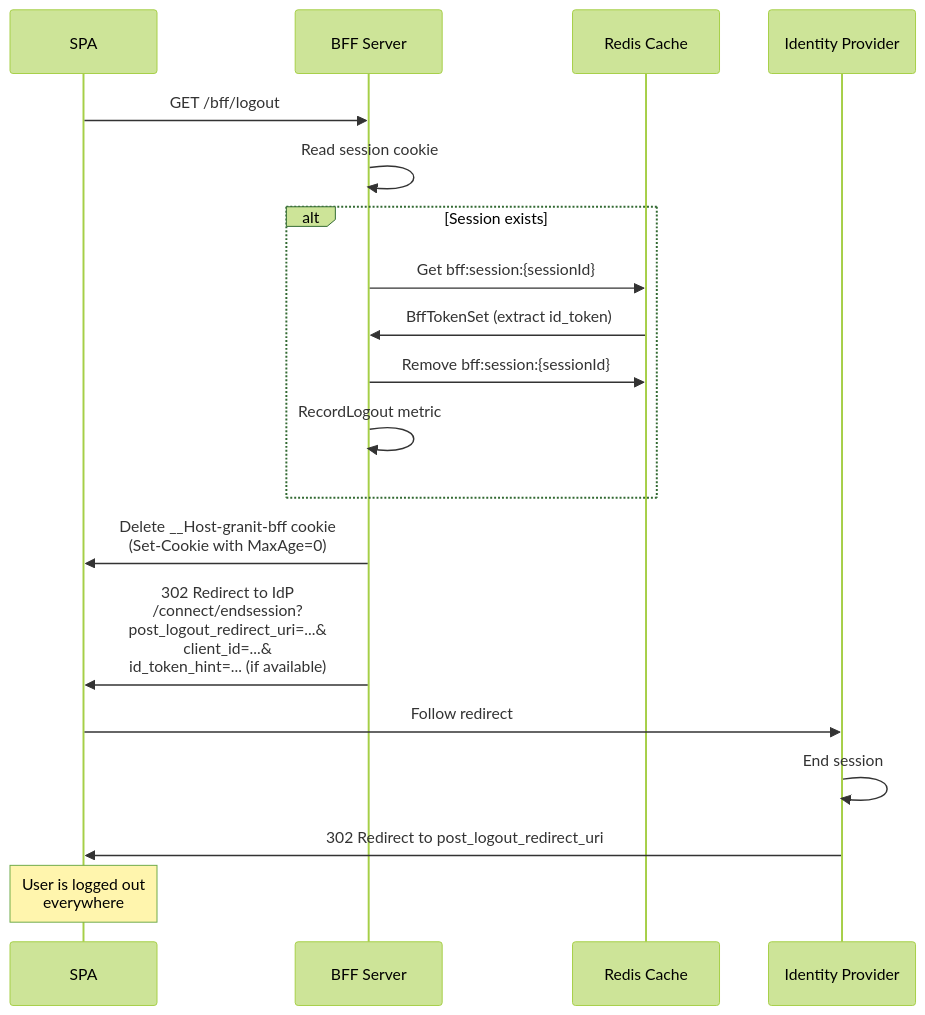
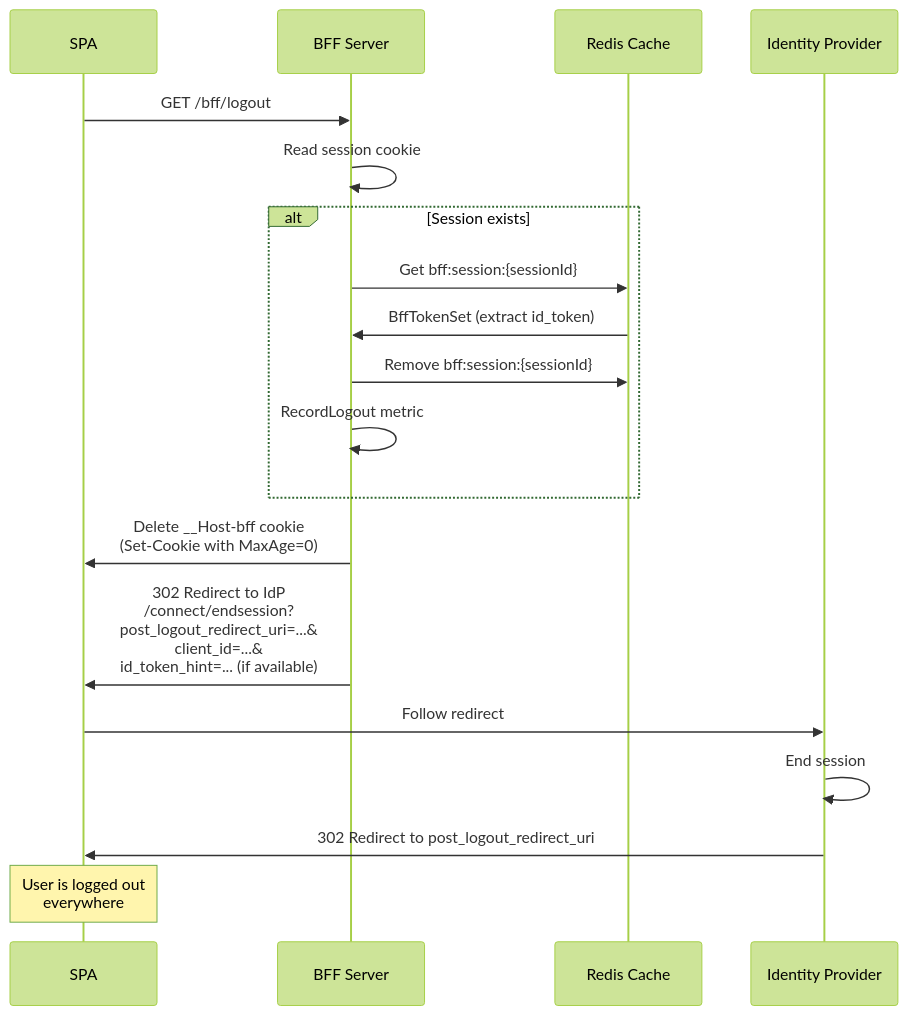
Before and after one commit to granit-fx/granit-dotnet: the sixth of 7 diagrams in docs-site/src/content/docs/dotnet/security/bff/architecture.mdx, drawn with Mermaid (forest theme). The commit also changed other lines of this file and 12 other files, not shown here.

Commit message:
chore: include pending local changes (BFF options, docs, cookie contrib)

````diff
--- a/docs-site/src/content/docs/dotnet/security/bff/architecture.mdx
+++ b/docs-site/src/content/docs/dotnet/security/bff/architecture.mdx
@@ -243,28 +243,28 @@
 ```mermaid
 sequenceDiagram
     participant SPA as SPA
     participant BFF as BFF Server
     participant Cache as Redis Cache
     participant IdP as Identity Provider
 
     SPA->>BFF: GET /bff/logout
 
     BFF->>BFF: Read session cookie
 
     alt Session exists
         BFF->>Cache: Get bff:session:{sessionId}
         Cache->>BFF: BffTokenSet (extract id_token)
         BFF->>Cache: Remove bff:session:{sessionId}
         BFF->>BFF: RecordLogout metric
     end
 
-    BFF->>SPA: Delete __Host-granit-bff cookie<br/>(Set-Cookie with MaxAge=0)
+    BFF->>SPA: Delete __Host-bff cookie<br/>(Set-Cookie with MaxAge=0)
 
     BFF->>SPA: 302 Redirect to IdP<br/>/connect/endsession?<br/>post_logout_redirect_uri=...&<br/>client_id=...&<br/>id_token_hint=... (if available)
 
     SPA->>IdP: Follow redirect
     IdP->>IdP: End session
     IdP->>SPA: 302 Redirect to post_logout_redirect_uri
 
     Note over SPA: User is logged out<br/>everywhere
 ```
````
